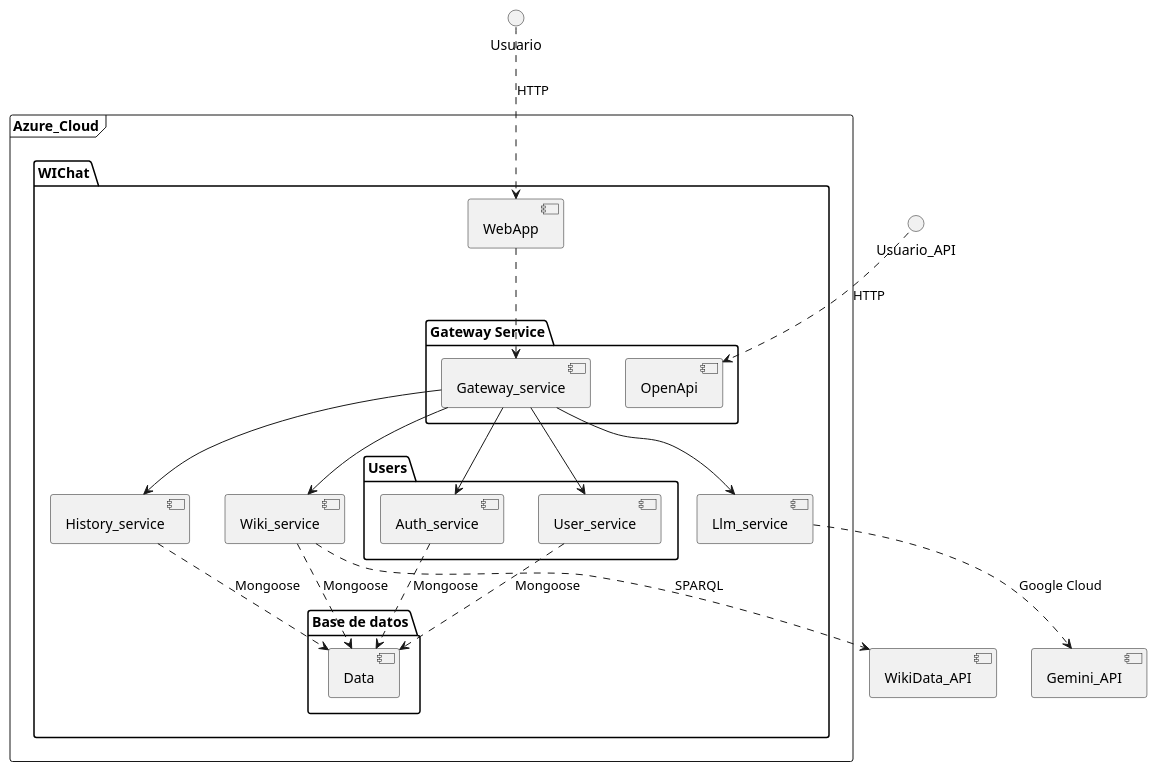
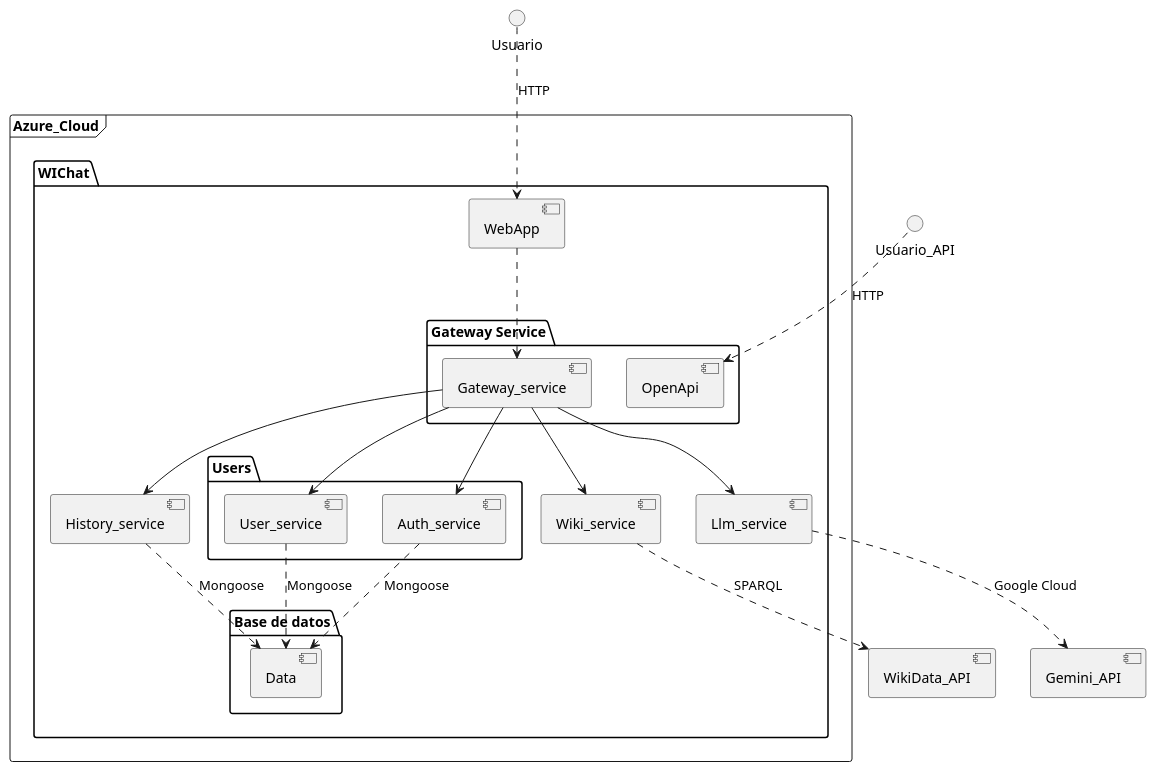
Before and after one commit to Arquisoft/wichat_es5a: the second of 2 diagrams in docs/src/03_context_and_scope.adoc, drawn with PlantUML.

Commit message:
Corregido Diagrama UML

```diff
--- a/docs/src/03_context_and_scope.adoc
+++ b/docs/src/03_context_and_scope.adoc
@@ -42,40 +42,39 @@
 [plantuml, "Contexto técnico WIChat", png]
 ----
 frame "Azure_Cloud" {
     package "WIChat" {
          package "Gateway Service"{
                [Gateway_service]
                [OpenApi]
          }
          [Wiki_service]
          [History_service]
          [Llm_service]
          [WebApp]
          package "Users" {
               [Auth_service]
               [User_service]
          }
          package "Base de datos" {
               [Data]
         }
     }
 }
 [WikiData_API]
 [Gemini_API]
 () "Usuario"
 () "Usuario_API"
 Usuario ..> WebApp : HTTP
 WebApp ..> Gateway_service
 Gateway_service --> Wiki_service
 Gateway_service --> Auth_service
 Gateway_service --> User_service
 Gateway_service --> History_service
 Gateway_service --> Llm_service
 Wiki_service ..> WikiData_API : SPARQL
 Llm_service ..> Gemini_API : Google Cloud
 Auth_service ..> Data : Mongoose
 User_service ..> Data  : Mongoose
-Wiki_service ..> Data : Mongoose
 History_service ..> Data : Mongoose
 Usuario_API ..> OpenApi : HTTP
 ----
```
